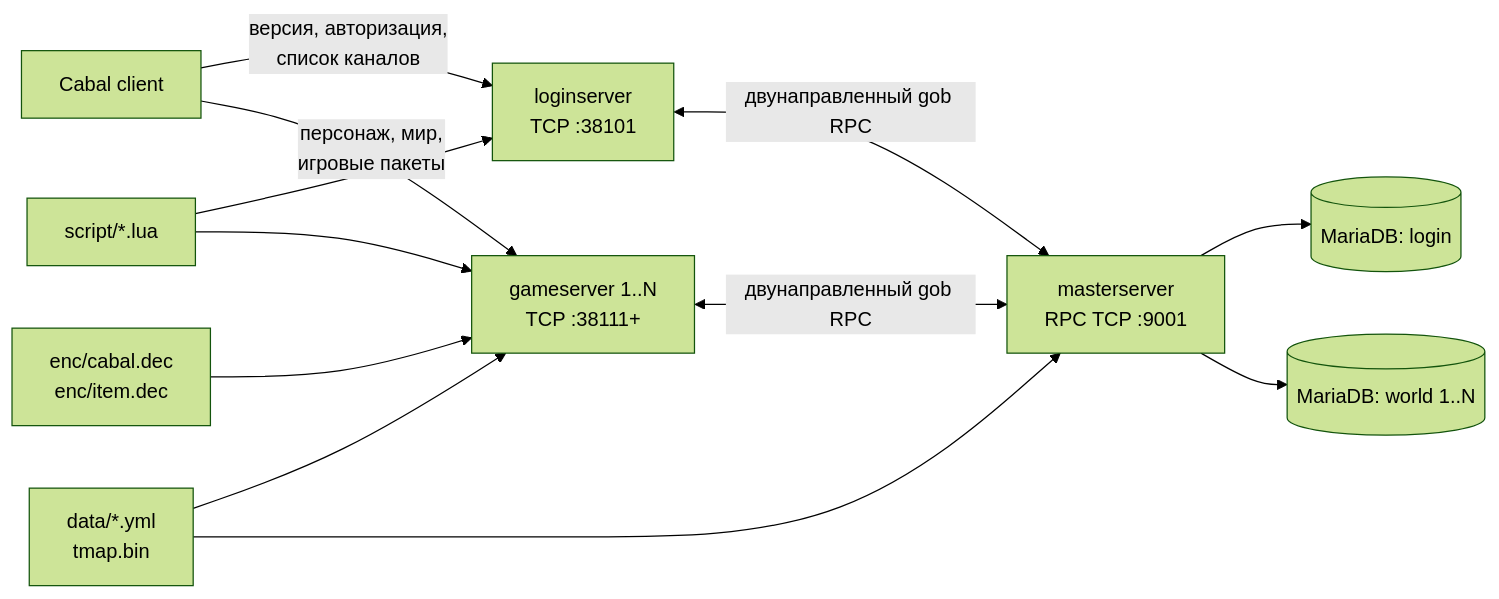
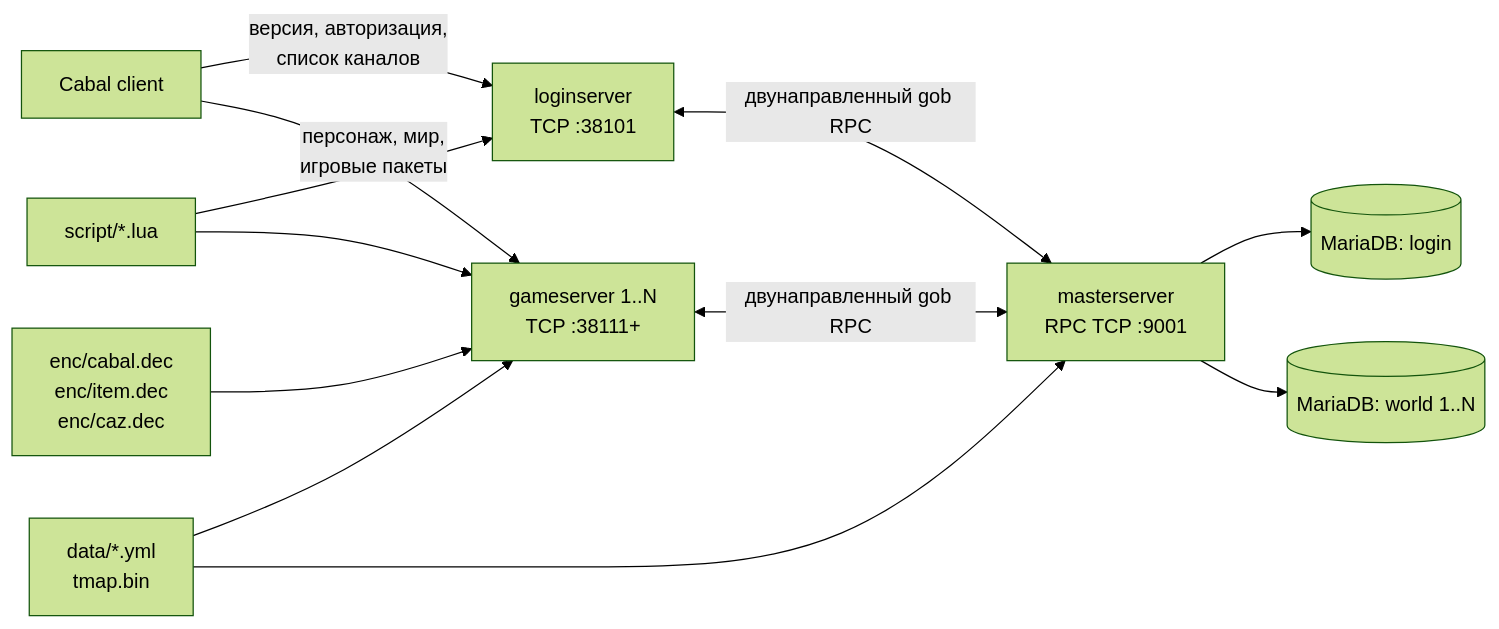
The diagram in docs/PROJECT_MAP.md (artem-alekseev/Freya), drawn with Mermaid (forest theme) before and after one commit. The commit also changed other lines of this file and 53 other files, not shown here.

````diff
--- a/docs/PROJECT_MAP.md
+++ b/docs/PROJECT_MAP.md
@@ -11,24 +11,24 @@
 ```mermaid
 flowchart LR
     C["Cabal client"]
     LS["loginserver<br/>TCP :38101"]
     GS["gameserver 1..N<br/>TCP :38111+"]
     MS["masterserver<br/>RPC TCP :9001"]
     LDB[("MariaDB: login")]
     WDB[("MariaDB: world 1..N")]
     YAML["data/*.yml<br/>tmap.bin"]
-    DEC["enc/cabal.dec<br/>enc/item.dec"]
+    DEC["enc/cabal.dec<br/>enc/item.dec<br/>enc/caz.dec"]
     LUA["script/*.lua"]
 
     C -->|"версия, авторизация,<br/>список каналов"| LS
     C -->|"персонаж, мир,<br/>игровые пакеты"| GS
     LS <-->|"двунаправленный gob RPC"| MS
     GS <-->|"двунаправленный gob RPC"| MS
     MS --> LDB
     MS --> WDB
     YAML --> GS
     YAML --> MS
     DEC --> GS
     LUA --> LS
     LUA --> GS
 ```
````
